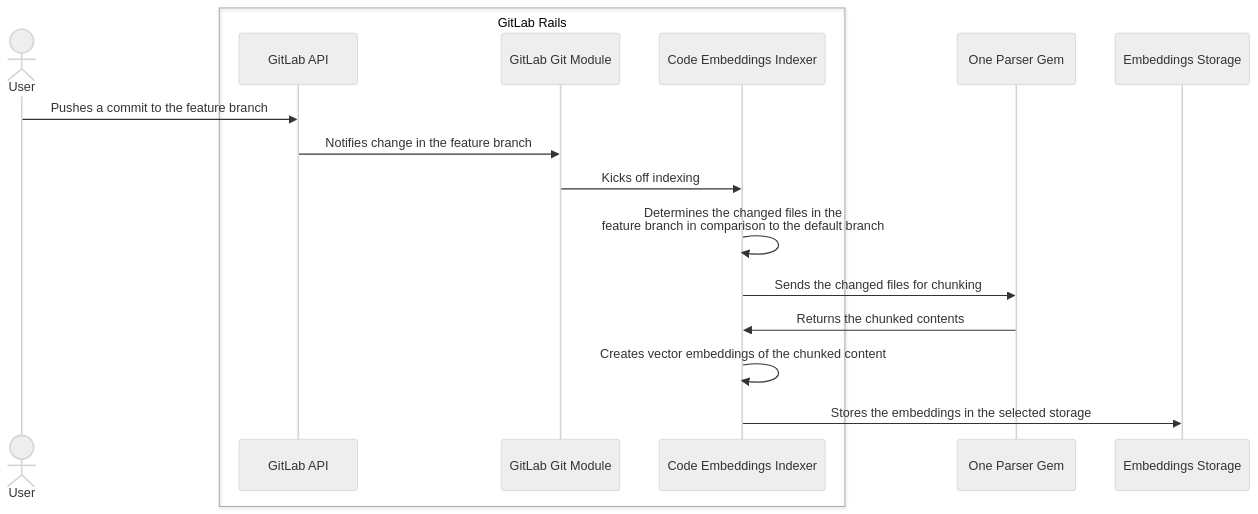
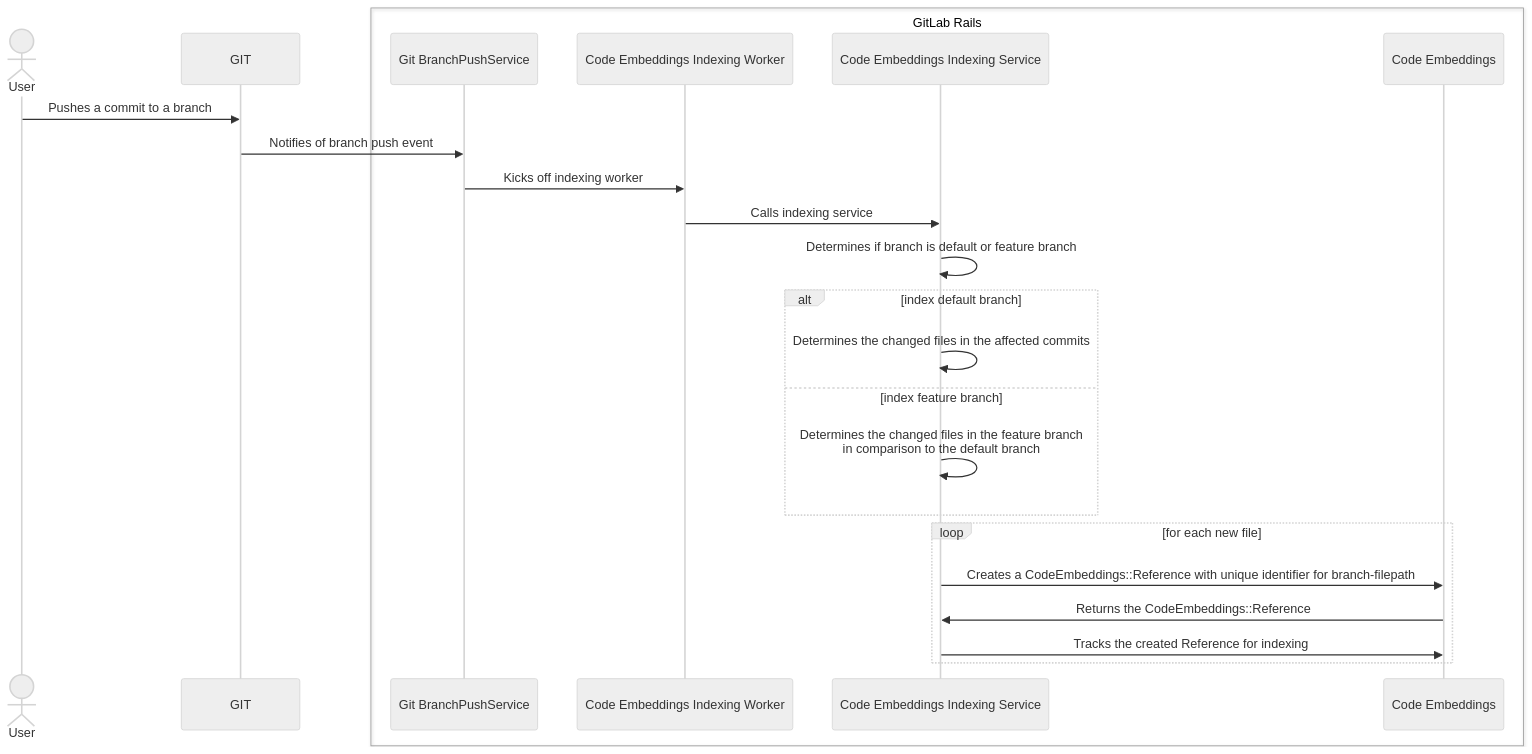
The first of 4 diagrams in content/handbook/engineering/architecture/design-documents/codebase_as_chat_context/_index.md (zalyoung/gitlab-handbook), drawn with Mermaid (neutral theme) before and after one commit. The commit also changed other lines of this file, not shown here.

First line of the commit message:
Update diagrams for clarity

````diff
--- a/content/handbook/engineering/architecture/design-documents/codebase_as_chat_context/_index.md
+++ b/content/handbook/engineering/architecture/design-documents/codebase_as_chat_context/_index.md
@@ -154,20 +129,27 @@
 ```mermaid
 sequenceDiagram
     actor USR as User
+    participant GIT as GIT
     box GitLab Rails
-      participant GLRAPI as GitLab API
-      participant GLRGIT as GitLab Git Module
-      participant CEI as Code Embeddings Indexer
+      participant GLRGPS as Git BranchPushService
+      participant CEIW as Code Embeddings Indexing Worker
+      participant CEIS as Code Embeddings Indexing Service
+      participant CE as Code Embeddings
     end
-    participant PRSR as One Parser Gem
-    participant STOR as Embeddings Storage
 
-    USR->>GLRAPI: Pushes a commit to the feature branch
-    GLRAPI->>GLRGIT: Notifies change in the feature branch
-    GLRGIT->>CEI: Kicks off indexing
-    CEI->>CEI: Determines the changed files in the<br /> feature branch in comparison to the default branch
-    CEI->>PRSR: Sends the changed files for chunking
-    PRSR->>CEI: Returns the chunked contents
-    CEI->>CEI: Creates vector embeddings of the chunked content
-    CEI->>STOR: Stores the embeddings in the selected storage
+    USR->>GIT: Pushes a commit to a branch
+    GIT->>GLRGPS: Notifies of branch push event
+    GLRGPS->>CEIW: Kicks off indexing worker
+    CEIW->>CEIS: Calls indexing service
+    CEIS->>CEIS: Determines if branch is default or feature branch
+    alt index default branch
+      CEIS->>CEIS: Determines the changed files in the affected commits
+    else index feature branch
+      CEIS->>CEIS: Determines the changed files in the feature branch<br /> in comparison to the default branch
+    end
+    loop for each new file
+      CEIS->>CE: Creates a CodeEmbeddings::Reference with unique identifier for branch-filepath
+      CE->>CEIS: Returns the CodeEmbeddings::Reference
+      CEIS->>CE: Tracks the created Reference for indexing
+    end
 ```
````
